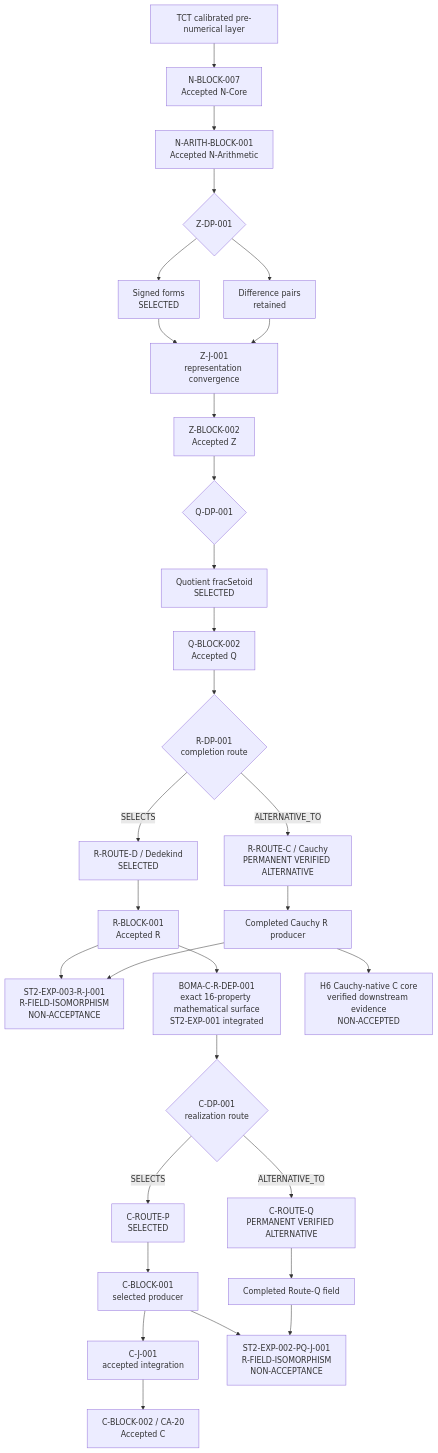
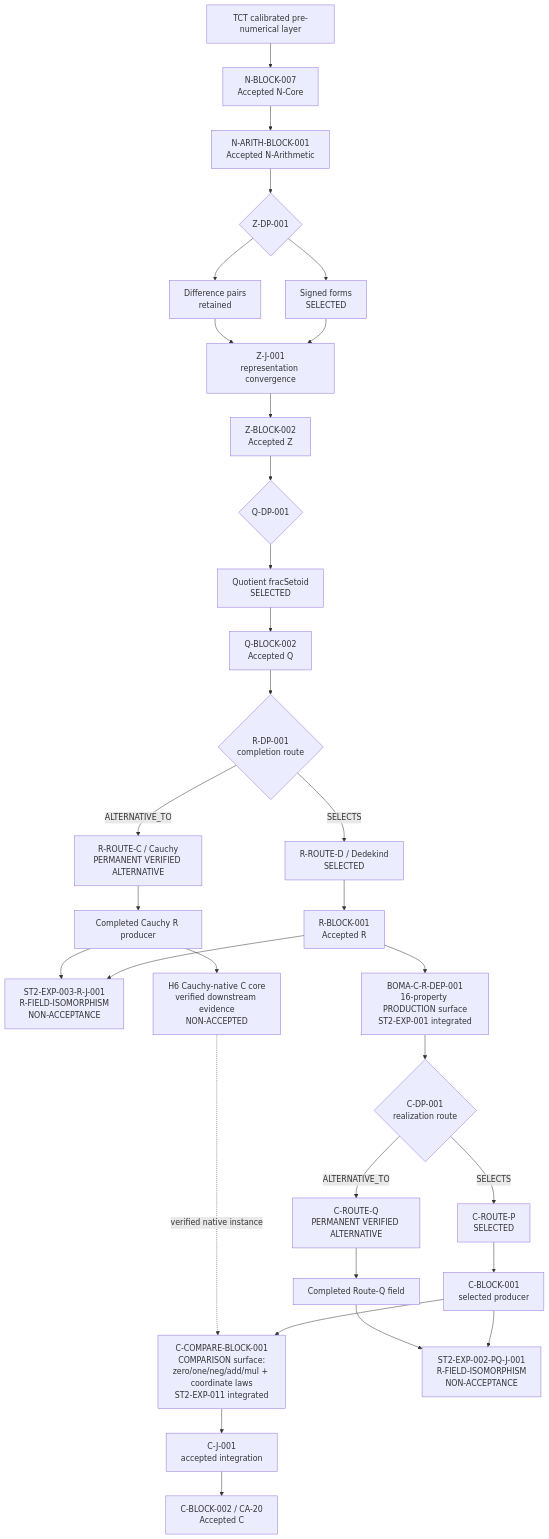
The diagram in LAB/00_ARCHITECTURE/views/CONSTRUCTION_DAG_VIEW.md (Scientifica-eng/BOMA), drawn with Mermaid before and after one commit. The commit also changed other lines of this file, not shown here.

Commit message:
arch(view): show integrated comparison interface in construction DAG

````diff
--- a/LAB/00_ARCHITECTURE/views/CONSTRUCTION_DAG_VIEW.md
+++ b/LAB/00_ARCHITECTURE/views/CONSTRUCTION_DAG_VIEW.md
@@ -34,51 +37,53 @@
 ```mermaid
 flowchart TD
   TCT[TCT calibrated pre-numerical layer]
   NC[N-BLOCK-007\nAccepted N-Core]
   NA[N-ARITH-BLOCK-001\nAccepted N-Arithmetic]
   ZDP{Z-DP-001}
   ZS[Signed forms\nSELECTED]
   ZALT[Difference pairs\nretained]
   ZJ[Z-J-001\nrepresentation convergence]
   ZB[Z-BLOCK-002\nAccepted Z]
   QDP{Q-DP-001}
   QQ[Quotient fracSetoid\nSELECTED]
   QB[Q-BLOCK-002\nAccepted Q]
 
   RDP{R-DP-001\ncompletion route}
   RD[R-ROUTE-D / Dedekind\nSELECTED]
   RC[R-ROUTE-C / Cauchy\nPERMANENT VERIFIED ALTERNATIVE]
   RB[R-BLOCK-001\nAccepted R]
   RCERT[Completed Cauchy R producer]
   RJALT[ST2-EXP-003-R-J-001\nR-FIELD-ISOMORPHISM\nNON-ACCEPTANCE]
 
-  CRD[BOMA-C-R-DEP-001\nexact 16-property mathematical surface\nST2-EXP-001 integrated]
+  CRD[BOMA-C-R-DEP-001\n16-property PRODUCTION surface\nST2-EXP-001 integrated]
   CDP{C-DP-001\nrealization route}
   CP[C-ROUTE-P\nSELECTED]
   CQ[C-ROUTE-Q\nPERMANENT VERIFIED ALTERNATIVE]
   CB1[C-BLOCK-001\nselected producer]
+  CCOMP[C-COMPARE-BLOCK-001\nCOMPARISON surface:\nzero/one/neg/add/mul + coordinate laws\nST2-EXP-011 integrated]
   CJ[C-J-001\naccepted integration]
   CB2[C-BLOCK-002 / CA-20\nAccepted C]
   CQPROD[Completed Route-Q field]
   CJALT[ST2-EXP-002-PQ-J-001\nR-FIELD-ISOMORPHISM\nNON-ACCEPTANCE]
   H6[H6 Cauchy-native C core\nverified downstream evidence\nNON-ACCEPTED]
 
   TCT --> NC --> NA --> ZDP
   ZDP --> ZS --> ZJ --> ZB
   ZDP --> ZALT --> ZJ
   ZB --> QDP --> QQ --> QB
 
   QB --> RDP
   RDP -->|SELECTS| RD --> RB
   RDP -->|ALTERNATIVE_TO| RC --> RCERT
   RB --> RJALT
   RCERT --> RJALT
 
   RB --> CRD --> CDP
-  CDP -->|SELECTS| CP --> CB1 --> CJ --> CB2
+  CDP -->|SELECTS| CP --> CB1 --> CCOMP --> CJ --> CB2
   CDP -->|ALTERNATIVE_TO| CQ --> CQPROD
   CB1 --> CJALT
   CQPROD --> CJALT
 
   RCERT --> H6
+  H6 -. verified native instance .-> CCOMP
 ```
````
